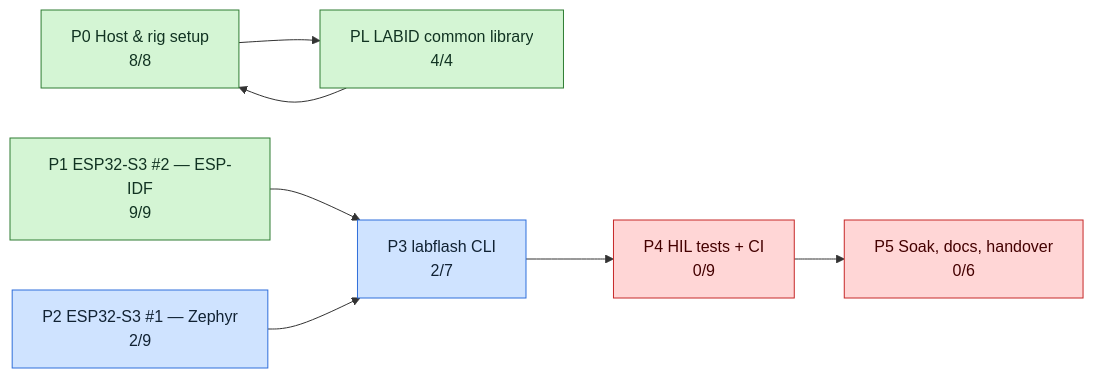
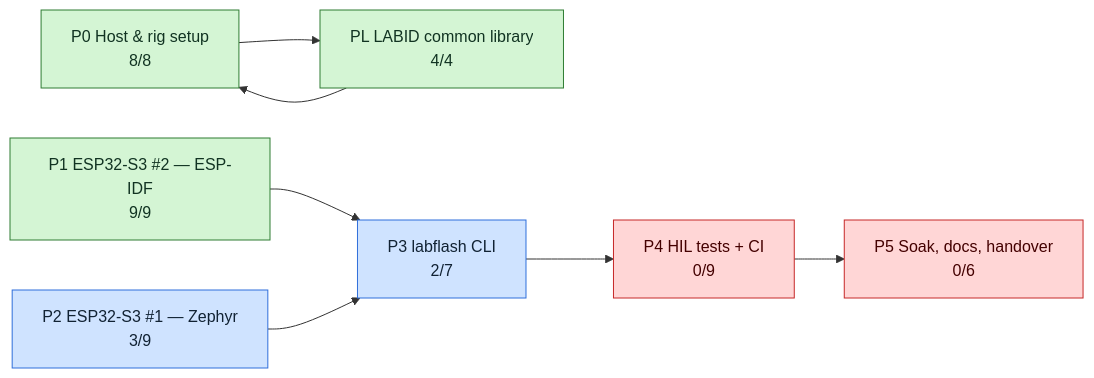
The second of 3 diagrams in tickets/TICKETS.md (mohamed-soubhi/bootlab-esp), drawn with Mermaid before and after one commit. The commit also changed other lines of this file and 12 other files, not shown here.

````diff
--- a/tickets/TICKETS.md
+++ b/tickets/TICKETS.md
@@ -36,20 +36,20 @@
 ```mermaid
 flowchart LR
     E0["P0 Host & rig setup<br/>8/8"]:::done
     EL["PL LABID common library<br/>4/4"]:::done
     E1["P1 ESP32-S3 #2 — ESP-IDF<br/>9/9"]:::done
-    E2["P2 ESP32-S3 #1 — Zephyr<br/>2/9"]:::doing
+    E2["P2 ESP32-S3 #1 — Zephyr<br/>3/9"]:::doing
     E3["P3 labflash CLI<br/>2/7"]:::doing
     E4["P4 HIL tests + CI<br/>0/9"]:::blocked
     E5["P5 Soak, docs, handover<br/>0/6"]:::blocked
     E0 --> EL
     E1 --> E3
     E2 --> E3
     E3 --> E4
     E4 --> E5
     EL --> E0
     classDef todo fill:#eeeeee,stroke:#999,color:#333
     classDef doing fill:#cfe3ff,stroke:#2f6fdb,color:#123
     classDef blocked fill:#ffd6d6,stroke:#c62828,color:#400
     classDef done fill:#d4f5d4,stroke:#2e7d32,color:#132
 ```
````
